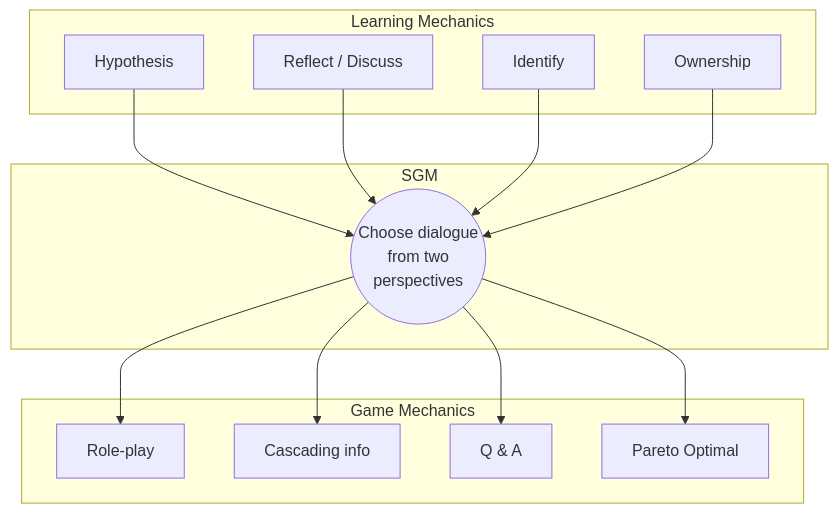
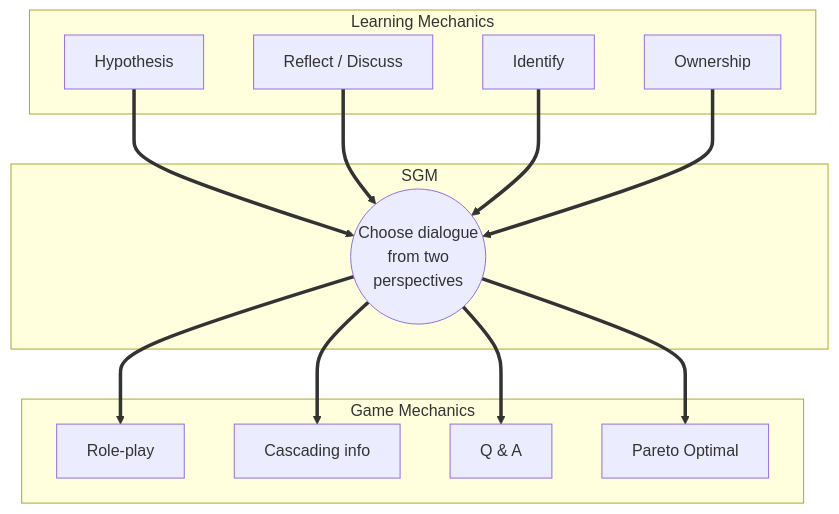
One commit to ABJ-d/design changed the first of 2 diagrams in slides.md. Above: the diagram before and after it, drawn with Mermaid. The commit also changed other lines of this file, not shown here.

````diff
--- a/slides.md
+++ b/slides.md
@@ -257,26 +272,26 @@
 ```mermaid {scale: 0.55}
 flowchart TB
   subgraph LM[Learning Mechanics]
     A[Hypothesis]
     B[Reflect / Discuss]
     C[Identify]
     D[Ownership]
   end
   subgraph SGM[SGM]
     X((Choose dialogue<br/>from two<br/>perspectives))
   end
   subgraph GM[Game Mechanics]
     P[Role-play]
     Q[Cascading info]
     R[Q & A]
     S[Pareto Optimal]
   end
-  A --> X
-  B --> X
-  C --> X
-  D --> X
-  X --> P
-  X --> Q
-  X --> R
-  X --> S
+  A ==> X
+  B ==> X
+  C ==> X
+  D ==> X
+  X ==> P
+  X ==> Q
+  X ==> R
+  X ==> S
 ```
````
